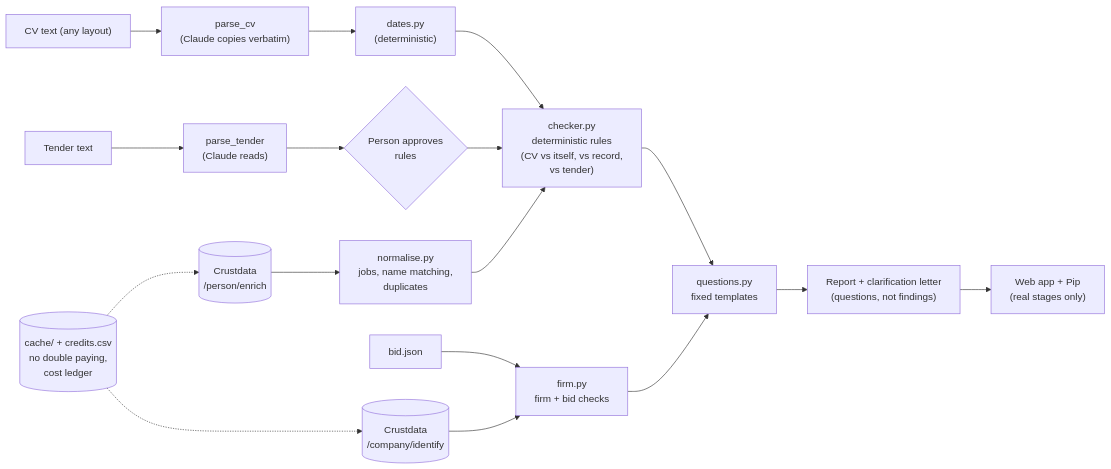
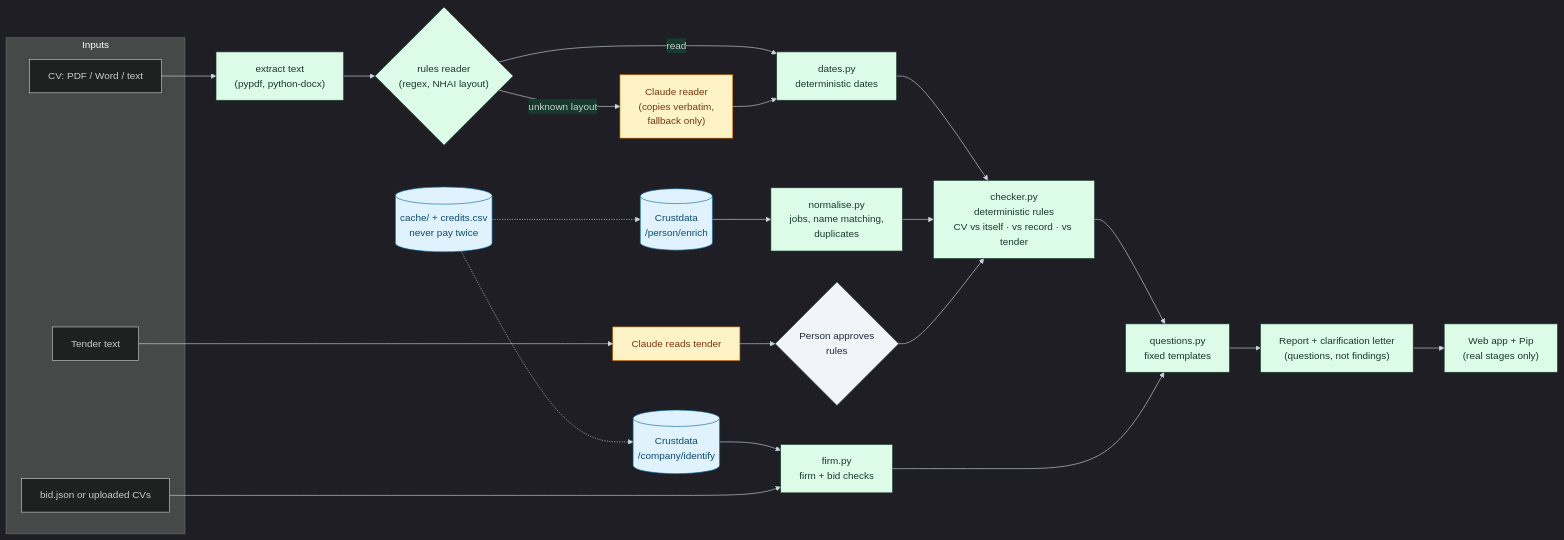
The diagram in docs/diagram.md (Aaryan-2906/TrueNorth), drawn with Mermaid before and after one commit. The commit also changed other lines of this file and 2 other files, not shown here.

Commit message:
diagram: roles, rules reader, upload

````diff
--- a/docs/diagram.md
+++ b/docs/diagram.md
@@ -3,16 +5,33 @@
 ```mermaid
+%%{init: {"theme":"dark","themeVariables":{"edgeLabelBackground":"#163A2E","lineColor":"#CBD5E1"}, "flowchart":{"htmlLabels":true}}}%%
 flowchart LR
-  T["Tender text"] --> PT["parse_tender<br/>(Claude reads)"] --> AP{"Person approves<br/>rules"}
-  CV["CV text (any layout)"] --> PC["parse_cv<br/>(Claude copies verbatim)"] --> D["dates.py<br/>(deterministic)"]
-  B["bid.json"] --> F
-  D --> CHK
+  subgraph IN["Inputs"]
+    T["Tender text"]
+    CV["CV: PDF / Word / text"]
+    B["bid.json or uploaded CVs"]
+  end
+  CV --> X["extract text<br/>(pypdf, python-docx)"] --> RR{"rules reader<br/>(regex, NHAI layout)"}
+  RR -- "read" --> D["dates.py<br/>deterministic dates"]
+  RR -- "unknown layout" --> LLM["Claude reader<br/>(copies verbatim,<br/>fallback only)"] --> D
+  T --> PT["Claude reads tender"] --> AP{"Person approves<br/>rules"}
+  CD[("Crustdata<br/>/person/enrich")] --> N["normalise.py<br/>jobs, name matching,<br/>duplicates"]
+  CI[("Crustdata<br/>/company/identify")] --> F["firm.py<br/>firm + bid checks"]
+  B --> F
+  D --> CHK["checker.py<br/>deterministic rules<br/>CV vs itself · vs record · vs tender"]
+  N --> CHK
   AP --> CHK
-  CD[("Crustdata<br/>/person/enrich")] --> N["normalise.py<br/>jobs, name matching,<br/>duplicates"] --> CHK
-  CI[("Crustdata<br/>/company/identify")] --> F["firm.py<br/>firm + bid checks"]
-  CHK["checker.py<br/>deterministic rules<br/>(CV vs itself, vs record,<br/>vs tender)"] --> Q["questions.py<br/>fixed templates"]
+  CHK --> Q["questions.py<br/>fixed templates"]
   F --> Q
-  Q --> R["Report + clarification letter<br/>(questions, not findings)"]
-  R --> UI["Web app + Pip<br/>(real stages only)"]
-  CACHE[("cache/ + credits.csv<br/>no double paying,<br/>cost ledger")] -.-> CD
-  CACHE -.-> CI
+  Q --> R["Report + clarification letter<br/>(questions, not findings)"] --> UI["Web app + Pip<br/>(real stages only)"]
+  L[("cache/ + credits.csv<br/>never pay twice")] -.-> CD
+  L -.-> CI
+
+  classDef ai fill:#FEF3C7,stroke:#D97706,color:#78350F
+  classDef ours fill:#DCFCE7,stroke:#163A2E,color:#163A2E
+  classDef data fill:#E0F2FE,stroke:#0369A1,color:#0C4A6E
+  classDef human fill:#F1F5F9,stroke:#475569,color:#1E293B
+  class LLM,PT ai
+  class X,RR,D,N,F,CHK,Q,R,UI ours
+  class CD,CI,L data
+  class AP human
 ```
````
